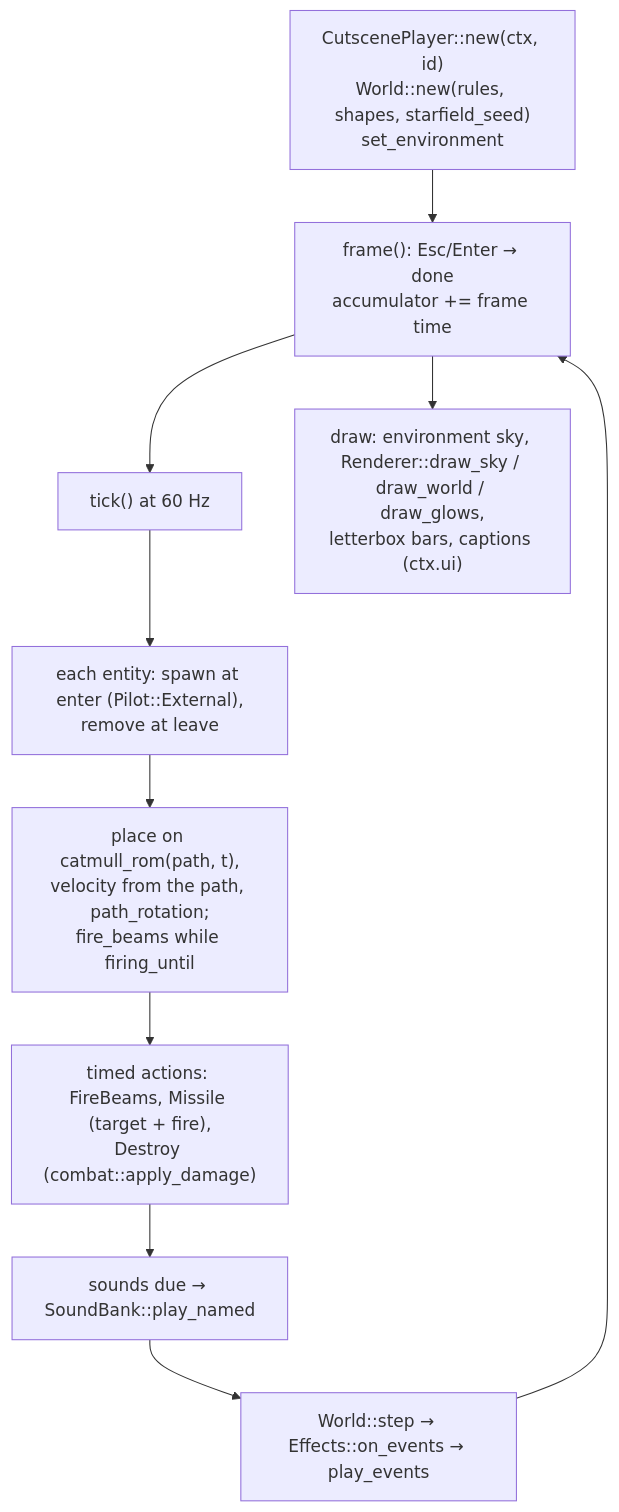
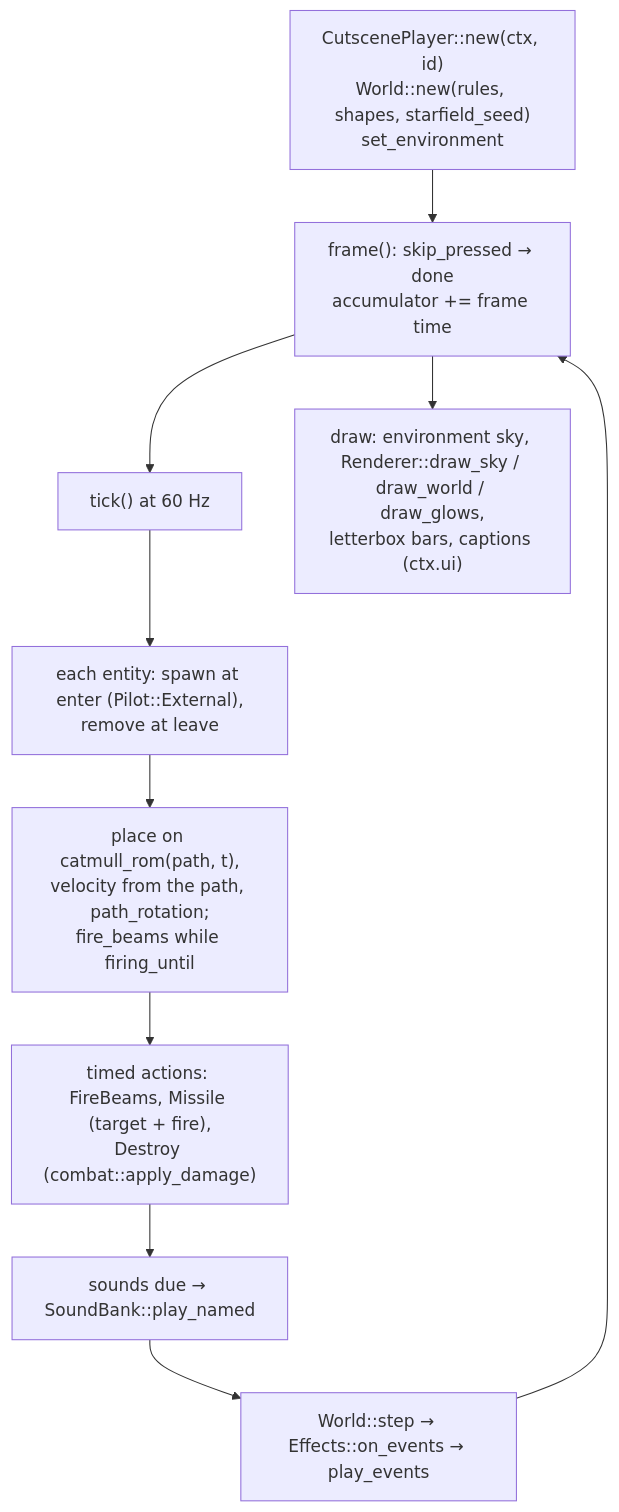
The third of 5 diagrams in docs/implementation/architecture/presentation.md (bbogovich/OpenInterceptor), drawn with Mermaid before and after one commit. The commit also changed other lines of this file and 39 other files, not shown here.

````diff
--- a/docs/implementation/architecture/presentation.md
+++ b/docs/implementation/architecture/presentation.md
@@ -105,12 +109,12 @@
 ```mermaid
 flowchart TB
     N["CutscenePlayer::new(ctx, id)<br/>World::new(rules, shapes, starfield_seed)<br/>set_environment"] --> F
-    F["frame(): Esc/Enter → done<br/>accumulator += frame time"] --> T
+    F["frame(): skip_pressed → done<br/>accumulator += frame time"] --> T
     T["tick() at 60 Hz"] --> E1["each entity: spawn at enter (Pilot::External),<br/>remove at leave"]
     E1 --> E2["place on catmull_rom(path, t),<br/>velocity from the path, path_rotation;<br/>fire_beams while firing_until"]
     E2 --> E3["timed actions: FireBeams, Missile (target + fire),<br/>Destroy (combat::apply_damage)"]
     E3 --> E4["sounds due → SoundBank::play_named"]
     E4 --> E5["World::step → Effects::on_events → play_events"]
     E5 --> F
     F --> D["draw: environment sky, Renderer::draw_sky / draw_world / draw_glows,<br/>letterbox bars, captions (ctx.ui)"]
 ```
````
